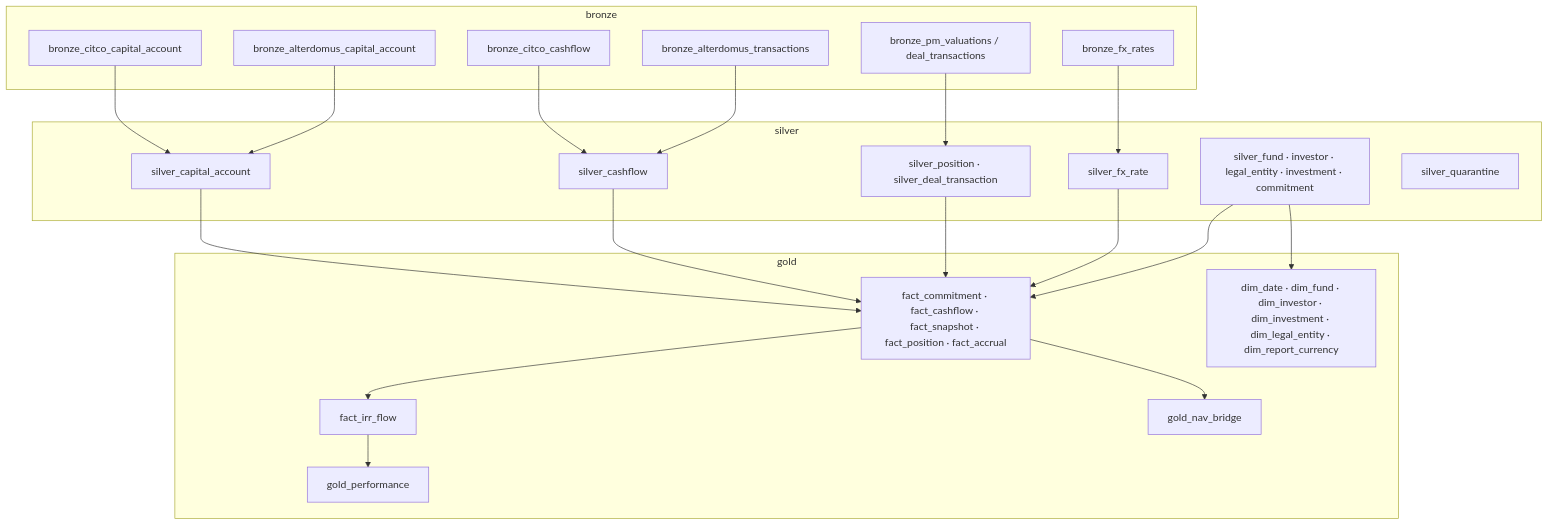
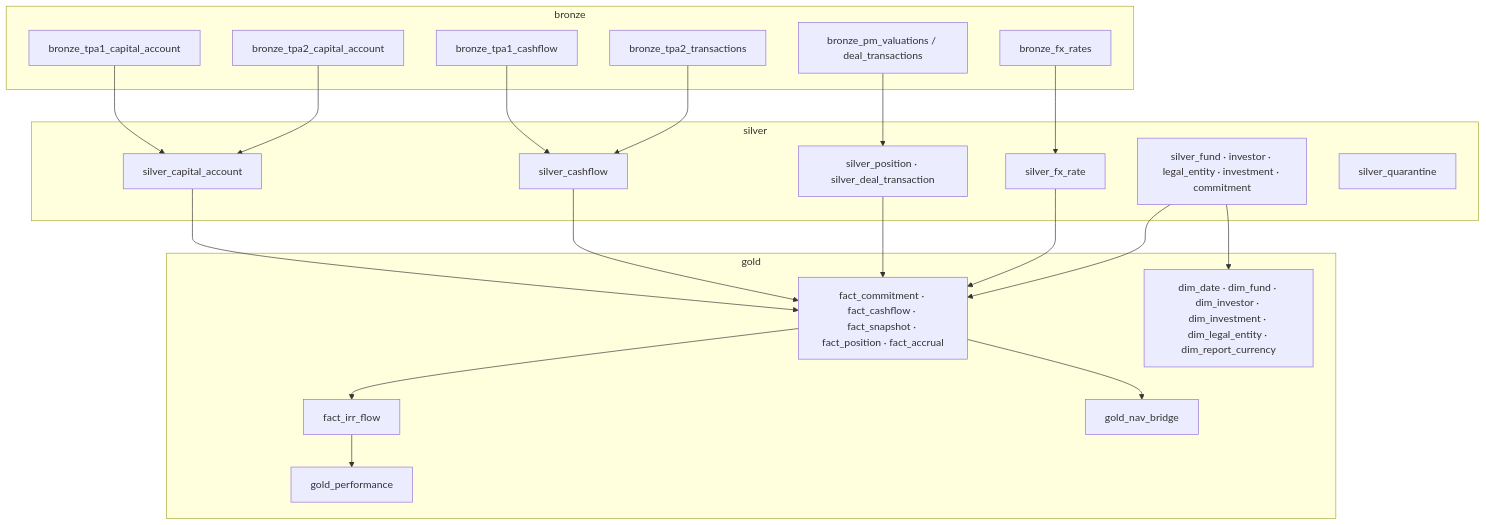
Before and after one commit to shakeelMemon/fabric-portfolio-performance: the diagram in docs/ARCHITECTURE.md, drawn with Mermaid. The commit also changed other lines of this file and 10 other files, not shown here.

Commit message:
Rename fund administrators to TPA 1 / TPA 2; add architecture diagram

````diff
--- a/docs/ARCHITECTURE.md
+++ b/docs/ARCHITECTURE.md
@@ -27,34 +27,34 @@
 ```mermaid
 flowchart TB
   subgraph bronze
-    b1[bronze_citco_capital_account]:::b
-    b2[bronze_alterdomus_capital_account]:::b
-    b3[bronze_citco_cashflow]:::b
-    b4[bronze_alterdomus_transactions]:::b
+    b1[bronze_tpa1_capital_account]:::b
+    b2[bronze_tpa2_capital_account]:::b
+    b3[bronze_tpa1_cashflow]:::b
+    b4[bronze_tpa2_transactions]:::b
     b5[bronze_pm_valuations / deal_transactions]:::b
     b6[bronze_fx_rates]:::b
   end
   subgraph silver
     s1[silver_capital_account]
     s2[silver_cashflow]
     s3[silver_position · silver_deal_transaction]
     s4[silver_fx_rate]
     s5[silver_fund · investor · legal_entity · investment · commitment]
     sq[silver_quarantine]
   end
   subgraph gold
     d[dim_date · dim_fund · dim_investor · dim_investment · dim_legal_entity · dim_report_currency]
     f[fact_commitment · fact_cashflow · fact_snapshot · fact_position · fact_accrual]
     irr[fact_irr_flow]
     gp[gold_performance]
     nb[gold_nav_bridge]
   end
   b1 & b2 --> s1
   b3 & b4 --> s2
   b5 --> s3
   b6 --> s4
   s1 & s2 & s3 & s4 & s5 --> f
   f --> irr --> gp
   f --> nb
   s5 --> d
 ```
````
